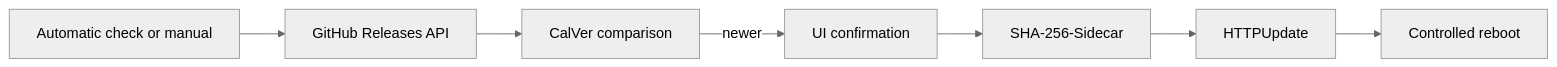
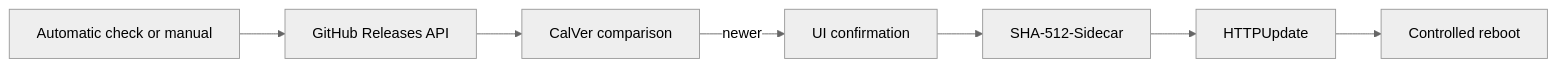
One commit to EyJunge1/chaya2mqtt changed the diagram in docs/OTA.md. Above: the diagram before and after it, drawn with Mermaid (neutral theme). The commit also changed other lines of this file and 23 other files, not shown here.

````diff
--- a/docs/OTA.md
+++ b/docs/OTA.md
@@ -9,17 +9,17 @@
 ```mermaid
 flowchart LR
     trigger[Automatic check or manual]
     github[GitHub Releases API]
     calver[CalVer comparison]
     confirm[UI confirmation]
-    sha256[SHA-256-Sidecar]
+    sha512[SHA-512-Sidecar]
     httpUpdate[HTTPUpdate]
     reboot[Controlled reboot]
 
     trigger --> github
     github --> calver
     calver -->|newer| confirm
-    confirm --> sha256
-    sha256 --> httpUpdate
+    confirm --> sha512
+    sha512 --> httpUpdate
     httpUpdate --> reboot
 ```
````
